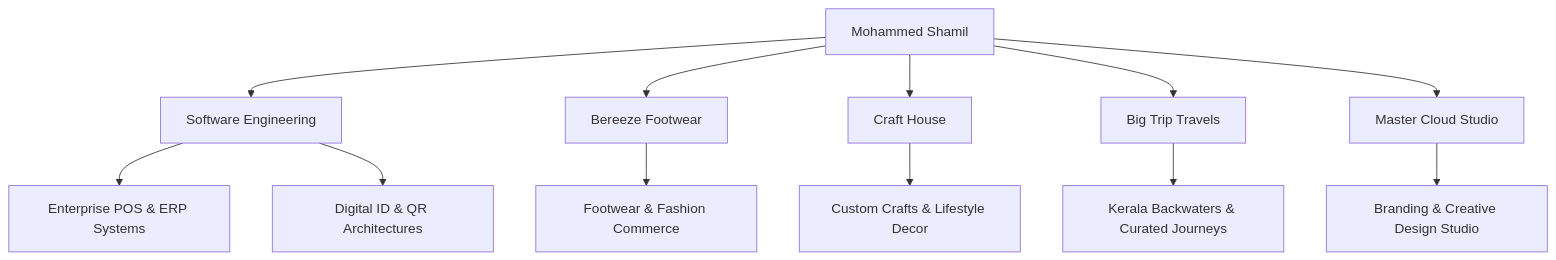
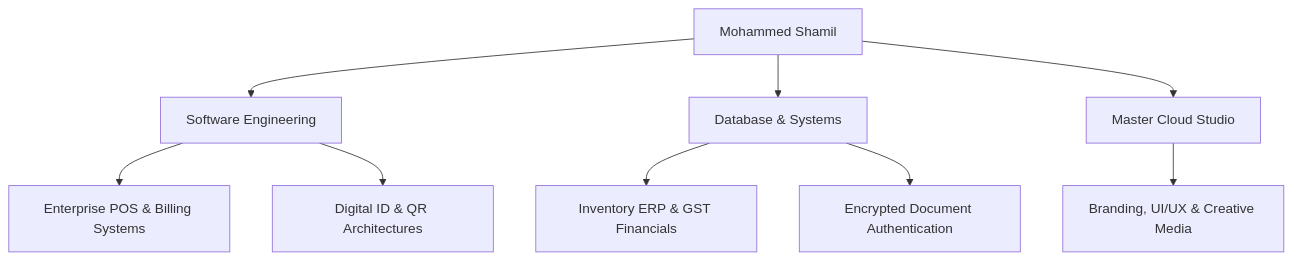
The diagram in README.md (mohammedshamilbk/personal-web), drawn with Mermaid before and after one commit. The commit also changed other lines of this file and 2 other files, not shown here.

Commit message:
feat: remove travels, footwear, and craft shop details to focus on software architecture and creative development

````diff
--- a/README.md
+++ b/README.md
@@ -53,15 +53,12 @@
 ```mermaid
 graph TD
     MS[Mohammed Shamil] --> SC[Software Engineering]
-    MS --> BF[Bereeze Footwear]
-    MS --> CH[Craft House]
-    MS --> BT[Big Trip Travels]
+    MS --> DB[Database & Systems]
     MS --> MC[Master Cloud Studio]
 
-    SC --> POS[Enterprise POS & ERP Systems]
+    SC --> POS[Enterprise POS & Billing Systems]
     SC --> QR[Digital ID & QR Architectures]
-    BF --> Retail[Footwear & Fashion Commerce]
-    CH --> Artisan[Custom Crafts & Lifestyle Decor]
-    BT --> Tours[Kerala Backwaters & Curated Journeys]
-    MC --> Creative[Branding & Creative Design Studio]
+    DB --> ERP[Inventory ERP & GST Financials]
+    DB --> SEC[Encrypted Document Authentication]
+    MC --> Creative[Branding, UI/UX & Creative Media]
 ```
````
